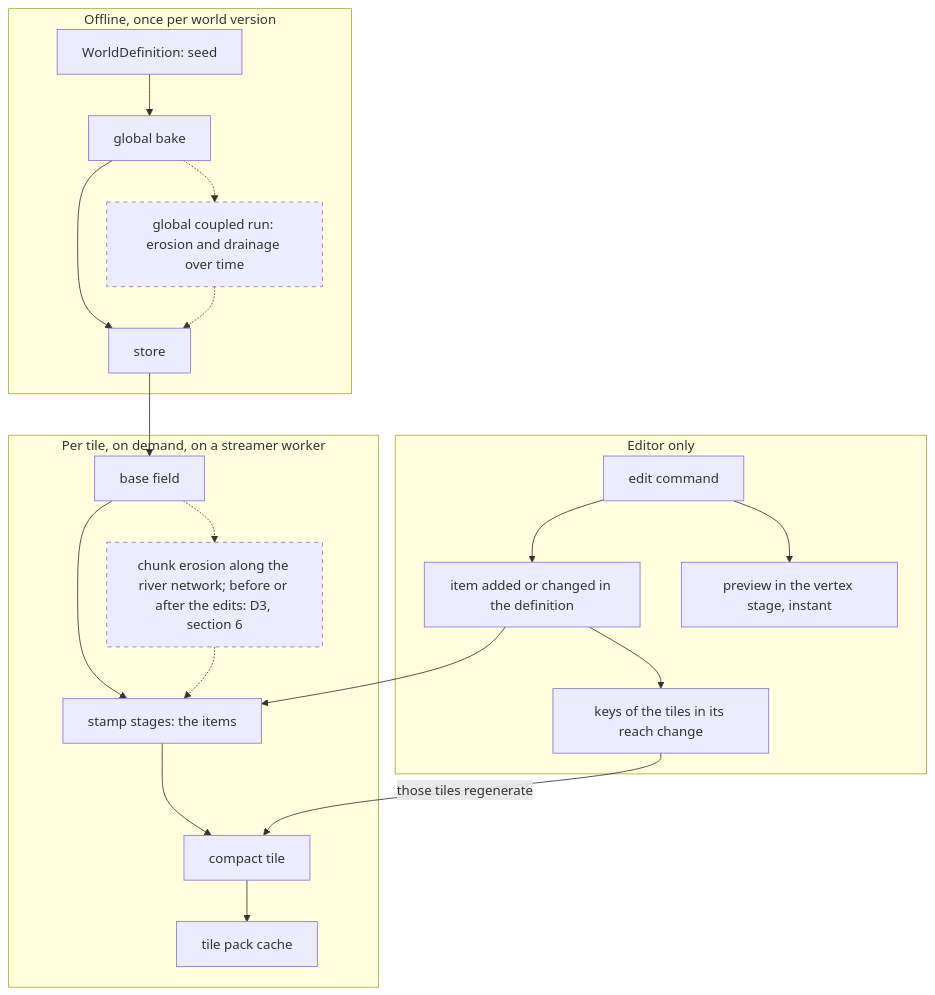
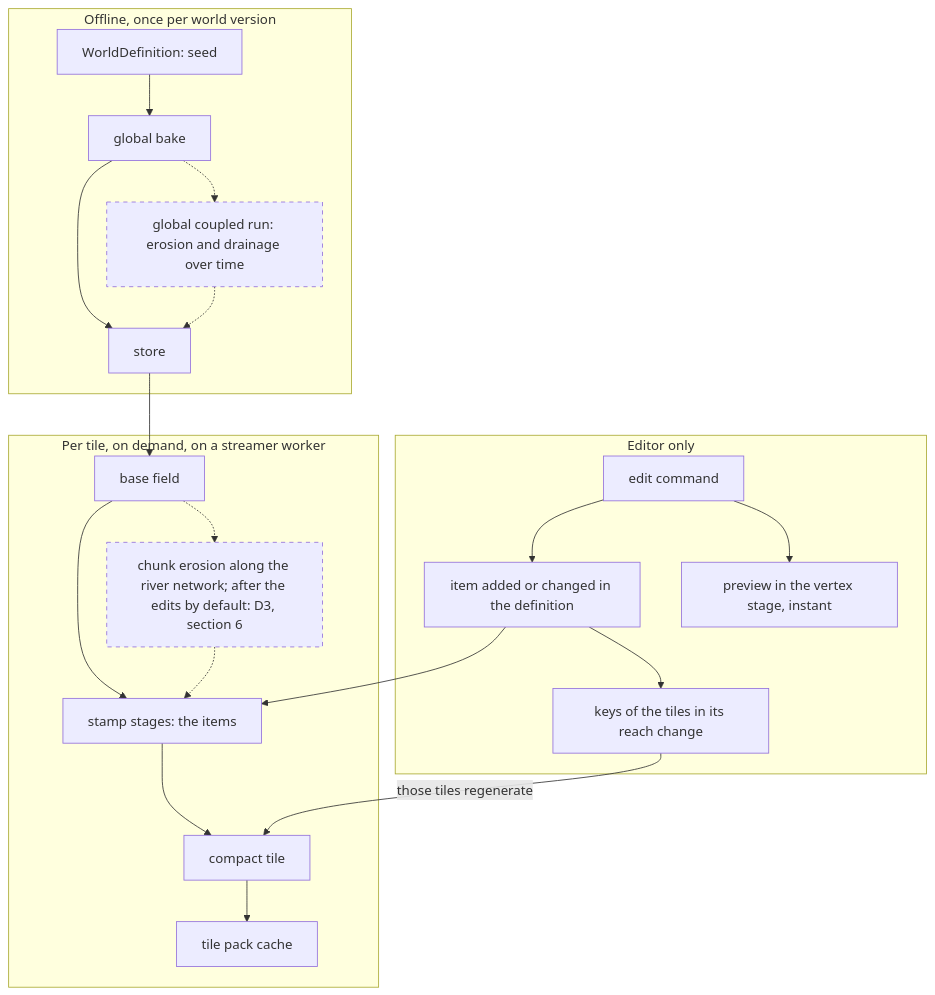
Before and after one commit to mdondorff/Serious-Planet-builder: the second of 3 diagrams in docs/domain.md, drawn with Mermaid. The commit also changed other lines of this file and 15 other files, not shown here.

````diff
--- a/docs/domain.md
+++ b/docs/domain.md
@@ -38,25 +38,25 @@
 ```mermaid
 flowchart TB
   subgraph OFF["Offline, once per world version"]
     WD["WorldDefinition: seed"] --> GB["global bake"]
     GB --> ST["store"]
     GC["global coupled run: erosion and drainage over time"]
     GB -.-> GC -.-> ST
   end
   subgraph TILE["Per tile, on demand, on a streamer worker"]
     ST --> BF["base field"]
-    BF -.-> P["chunk erosion along the river network; before or after the edits: D3, section 6"]
+    BF -.-> P["chunk erosion along the river network; after the edits by default: D3, section 6"]
     BF --> SS["stamp stages: the items"]
     P -.-> SS
     SS --> CT["compact tile"] --> PK["tile pack cache"]
   end
   subgraph EDIT["Editor only"]
     E["edit command"] --> IT["item added or changed in the definition"]
     IT --> KEY["keys of the tiles in its reach change"]
     E --> PV["preview in the vertex stage, instant"]
   end
   IT --> SS
   KEY -->|those tiles regenerate| CT
   classDef planned stroke-dasharray: 5 5
   class GC,P planned
 ```
````
